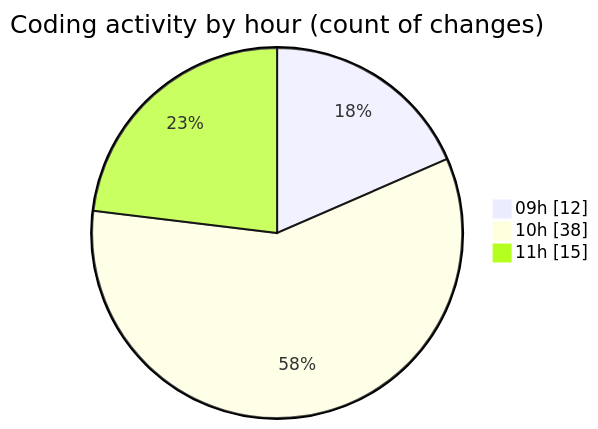
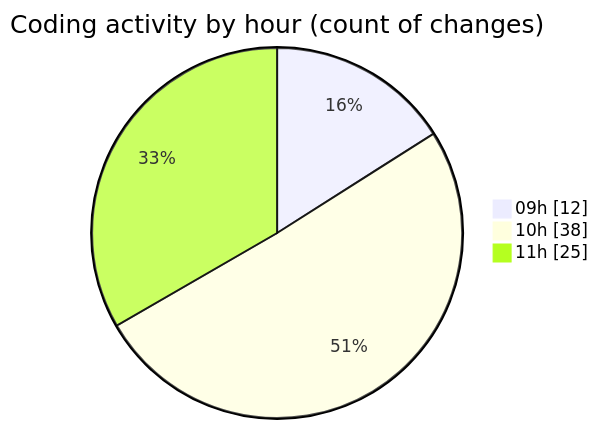
Before and after one commit to momahboobian/code-tracking: the second of 2 diagrams in 2025-10-03/cda/README.md, drawn with Mermaid. The commit also changed other lines of this file and 1 other file, not shown here.

````diff
--- a/2025-10-03/cda/README.md
+++ b/2025-10-03/cda/README.md
@@ -33,7 +33,7 @@
 ```mermaid
 pie showData
 title Coding activity by hour (count of changes)
 "09h" : 12
 "10h" : 38
-"11h" : 15
+"11h" : 25
 ```
````
